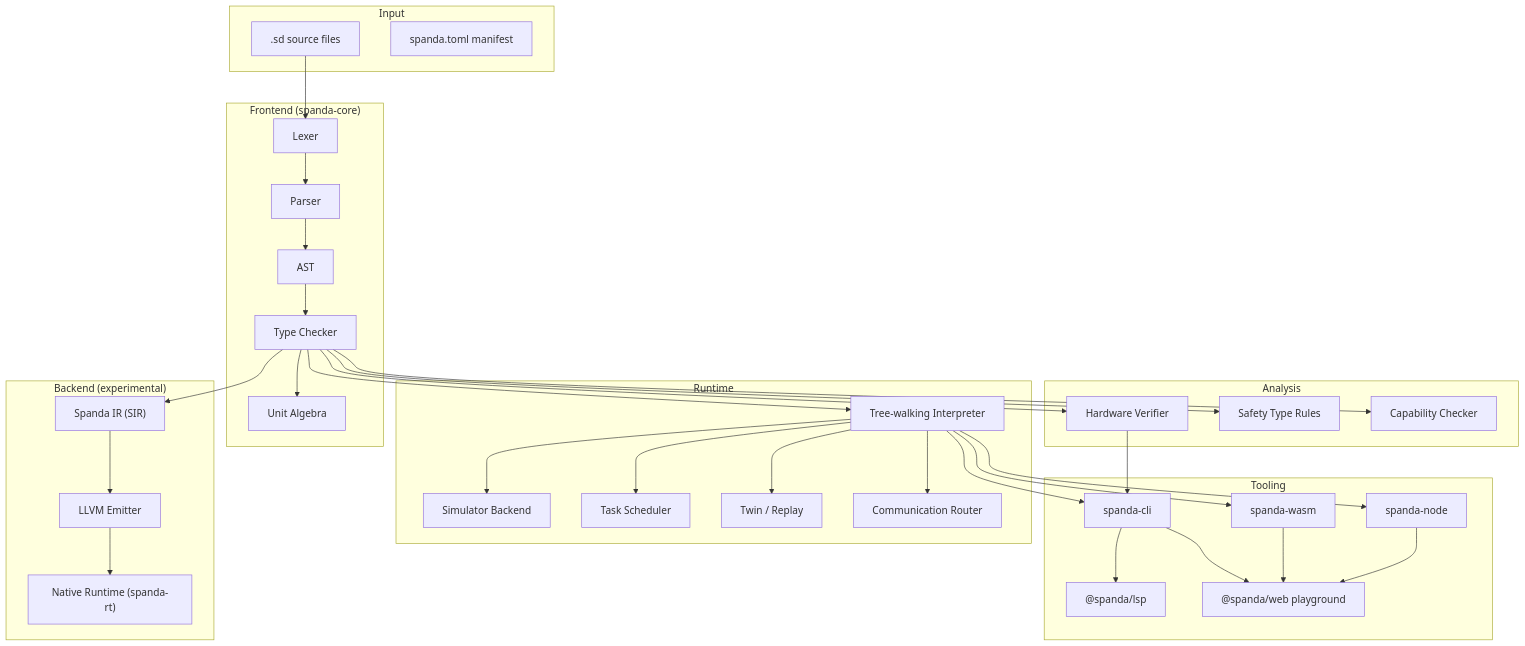
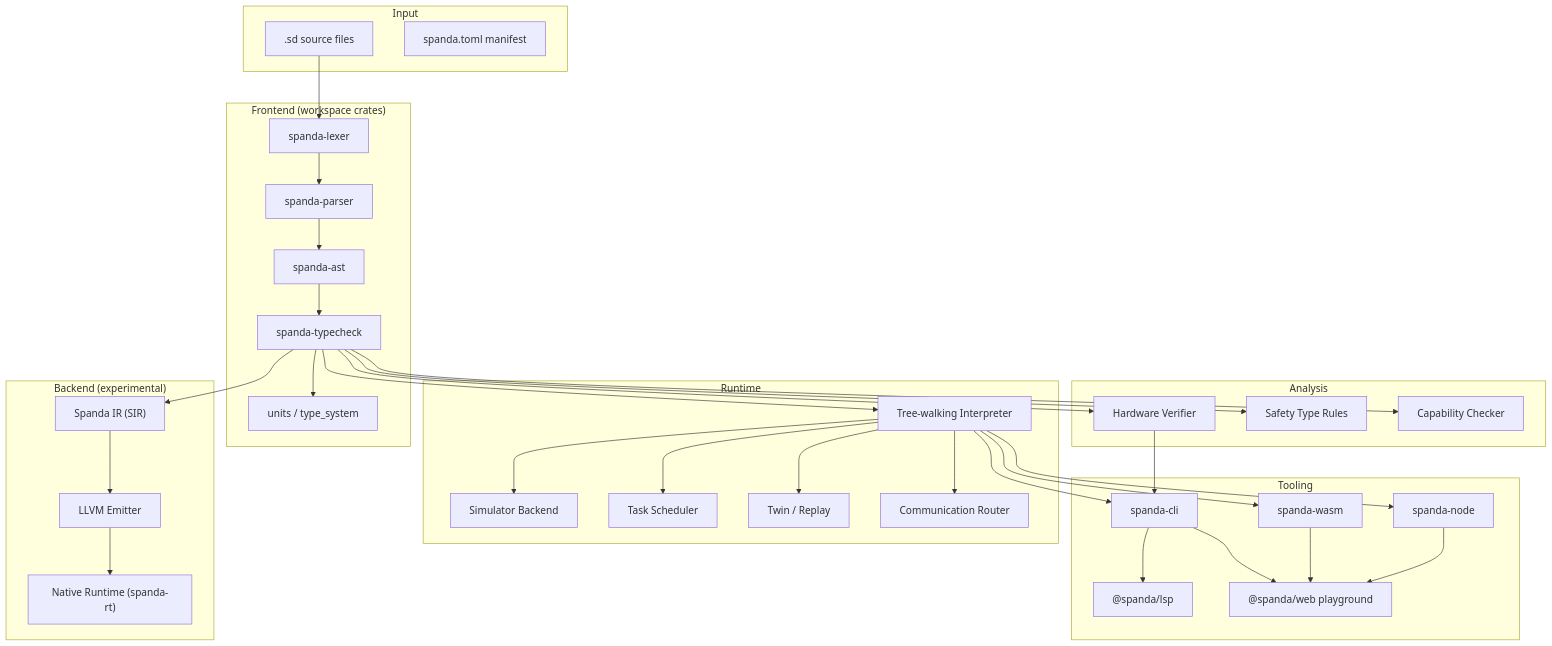
Before and after one commit to sujaydavalgi/Synapse: the second of 10 diagrams in docs/architecture.md, drawn with Mermaid. The commit also changed other lines of this file and 21 other files, not shown here.

First line of the commit message:
Document lean-core workspace layout and per-crate READMEs.

````diff
--- a/docs/architecture.md
+++ b/docs/architecture.md
@@ -28,55 +28,55 @@
 ```mermaid
 flowchart TB
   subgraph input ["Input"]
     SD[".sd source files"]
     TOML["spanda.toml manifest"]
   end
 
-  subgraph frontend ["Frontend (spanda-core)"]
-    LEX["Lexer"]
-    PAR["Parser"]
-    AST["AST"]
-    TC["Type Checker"]
-    UNITS["Unit Algebra"]
+  subgraph frontend ["Frontend (workspace crates)"]
+    LEX["spanda-lexer"]
+    PAR["spanda-parser"]
+    AST["spanda-ast"]
+    TC["spanda-typecheck"]
+    UNITS["units / type_system"]
   end
 
   subgraph analysis ["Analysis"]
     HWV["Hardware Verifier"]
     SAFETY["Safety Type Rules"]
     CAP["Capability Checker"]
   end
 
   subgraph runtime ["Runtime"]
     RT["Tree-walking Interpreter"]
     SIM["Simulator Backend"]
     SCHED["Task Scheduler"]
     TWIN["Twin / Replay"]
     COMM["Communication Router"]
   end
 
   subgraph backend ["Backend (experimental)"]
     SIR["Spanda IR (SIR)"]
     LLVM["LLVM Emitter"]
     NAT["Native Runtime (spanda-rt)"]
   end
 
   subgraph tooling ["Tooling"]
     CLI["spanda-cli"]
     LSP["@spanda/lsp"]
     WASM["spanda-wasm"]
     NODE["spanda-node"]
     WEB["@spanda/web playground"]
   end
 
   SD --> LEX --> PAR --> AST --> TC
   TC --> UNITS
   TC --> SAFETY
   TC --> CAP
   TC --> HWV
   TC --> RT
   RT --> SIM & SCHED & TWIN & COMM
   TC --> SIR --> LLVM --> NAT
   HWV --> CLI
   RT --> CLI & WASM & NODE --> WEB
   CLI --> LSP
 ```
````
